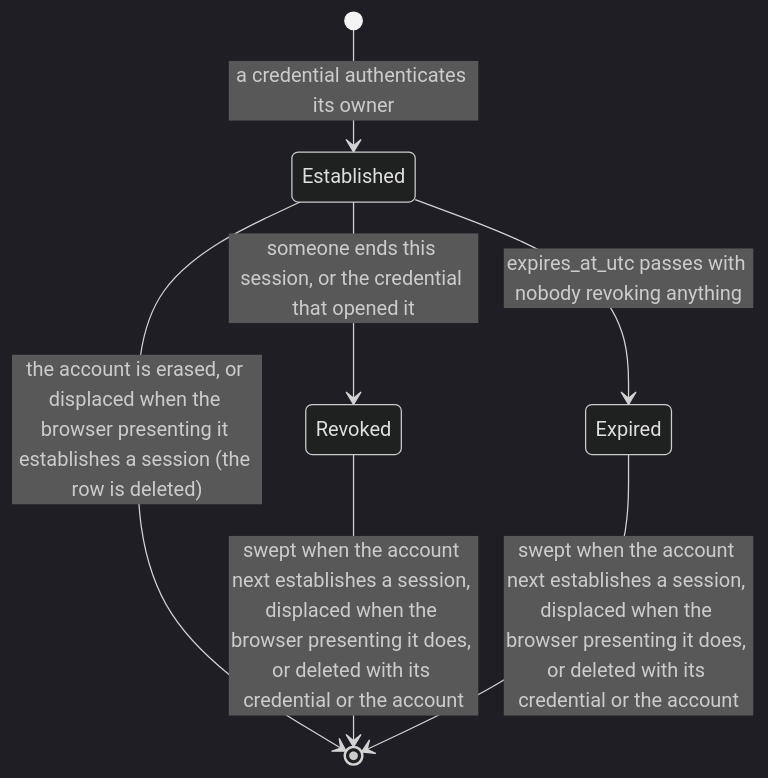
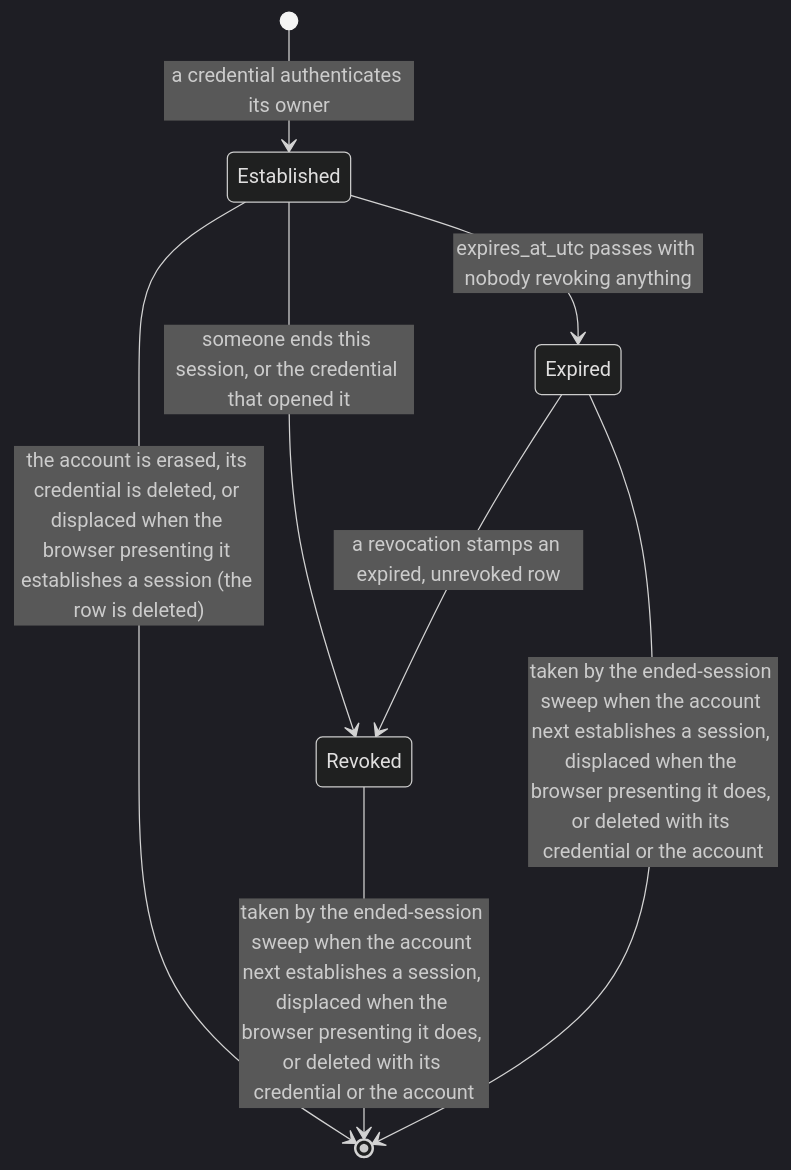
One commit to anton-kochev/budgetoid changed the second of 3 diagrams in docs/business-logic/sessions.md. Above: the diagram before and after it, drawn with Mermaid (dark theme). The commit also changed other lines of this file and 14 other files, not shown here.

````diff
--- a/docs/business-logic/sessions.md
+++ b/docs/business-logic/sessions.md
@@ -1430,9 +1448,10 @@
 ```mermaid
 stateDiagram-v2
     [*] --> Established : a credential authenticates its owner
     Established --> Revoked : someone ends this session, or the credential that opened it
     Established --> Expired : expires_at_utc passes with nobody revoking anything
-    Established --> [*] : the account is erased, or displaced when the browser presenting it establishes a session (the row is deleted)
-    Revoked --> [*] : swept when the account next establishes a session, displaced when the browser presenting it does, or deleted with its credential or the account
-    Expired --> [*] : swept when the account next establishes a session, displaced when the browser presenting it does, or deleted with its credential or the account
+    Expired --> Revoked : a revocation stamps an expired, unrevoked row
+    Established --> [*] : the account is erased, its credential is deleted, or displaced when the browser presenting it establishes a session (the row is deleted)
+    Revoked --> [*] : taken by the ended-session sweep when the account next establishes a session, displaced when the browser presenting it does, or deleted with its credential or the account
+    Expired --> [*] : taken by the ended-session sweep when the account next establishes a session, displaced when the browser presenting it does, or deleted with its credential or the account
 ```
````
